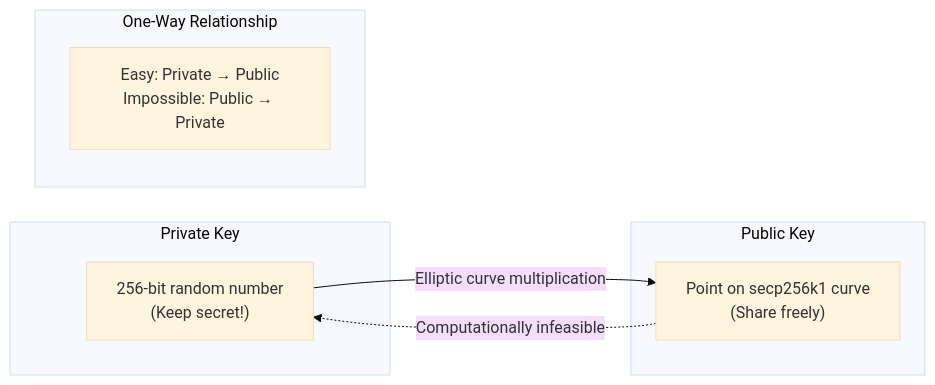
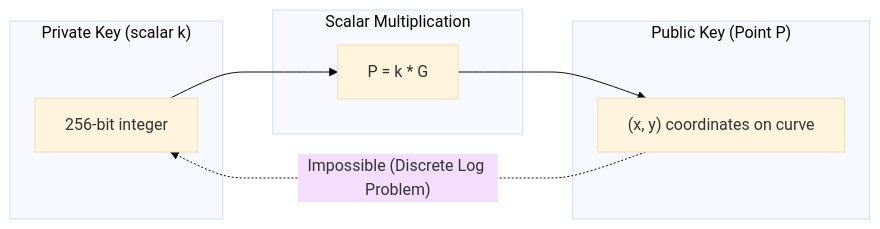
Before and after one commit to diegobianqui/BOSS_Syllabus: the third of 4 diagrams in src/cryptography.md, drawn with Mermaid (base theme). The commit also changed other lines of this file, not shown here.

````diff
--- a/src/cryptography.md
+++ b/src/cryptography.md
@@ -64,17 +94,18 @@
 ```mermaid
 graph LR
-    subgraph Private["Private Key"]
-        PK["256-bit random number<br/>(Keep secret!)"]
+    subgraph Private["Private Key (scalar k)"]
+        PK["256-bit integer"]
     end
     
-    subgraph Public["Public Key"]
-        PUB["Point on secp256k1 curve<br/>(Share freely)"]
+    subgraph Public["Public Key (Point P)"]
+        PUB["(x, y) coordinates on curve"]
     end
     
-    subgraph Relationship["One-Way Relationship"]
-        R["Easy: Private → Public<br/>Impossible: Public → Private"]
+    subgraph Operation["Scalar Multiplication"]
+        OP["P = k * G"]
     end
     
-    PK -->|"Elliptic curve multiplication"| PUB
-    PUB -.->|"Computationally infeasible"| PK
+    PK --> OP
+    OP --> PUB
+    PUB -.->|"Impossible (Discrete Log Problem)"| PK
 ```
````
